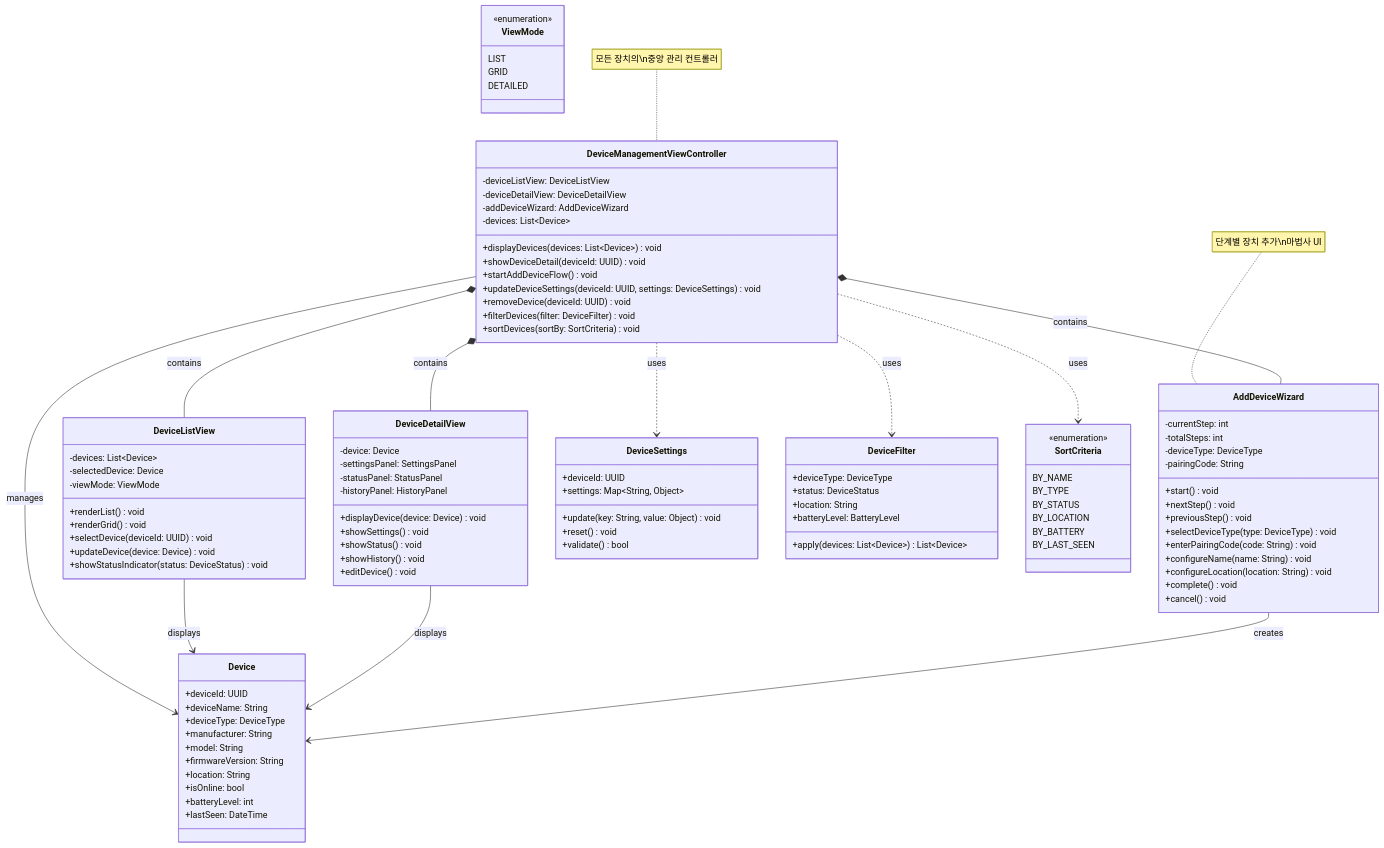
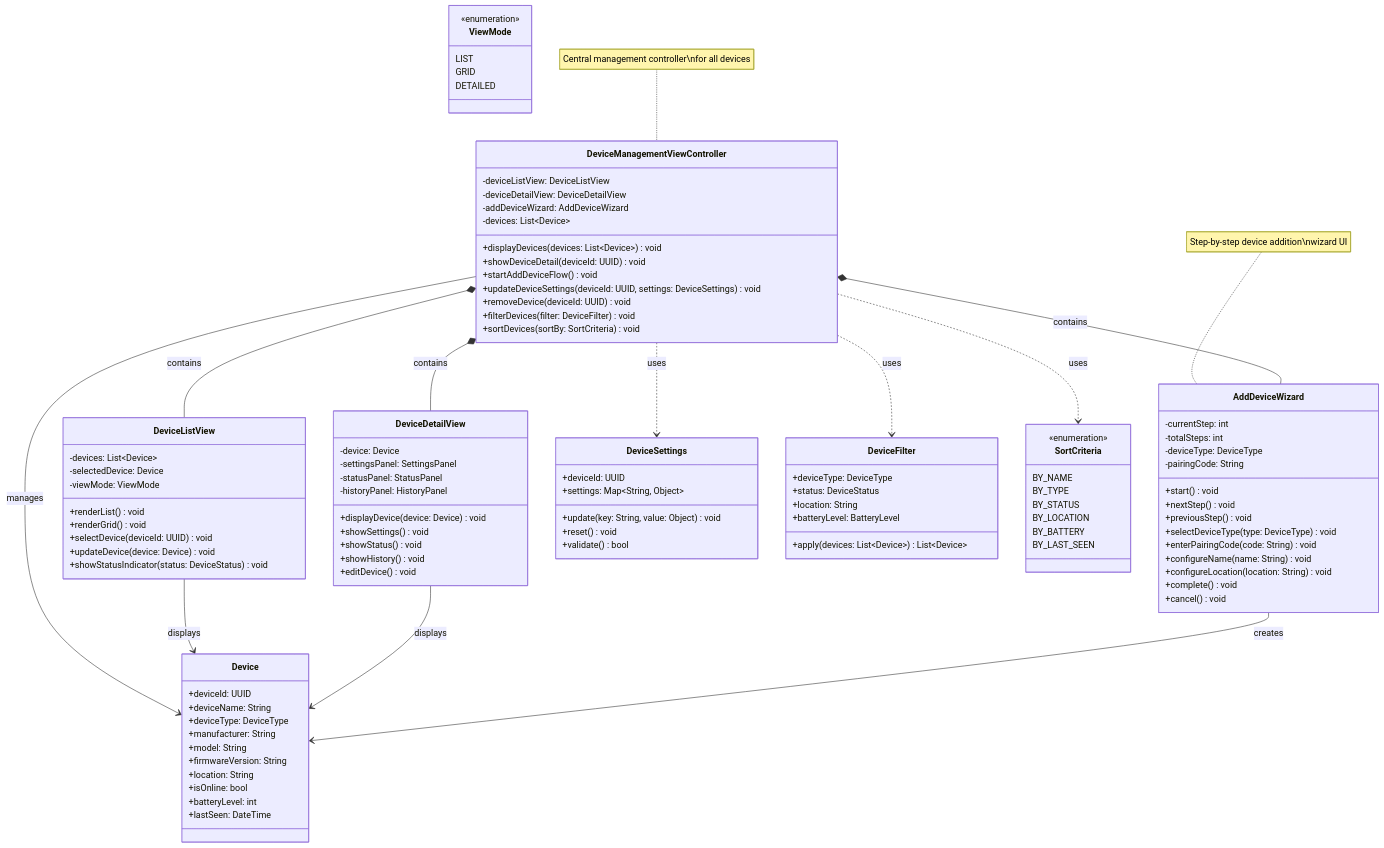
Before and after one commit to mj010101/swe_25f: the fifth of 12 diagrams in diagrams/presentation_class_diagram.md, drawn with Mermaid. The commit also changed other lines of this file, not shown here.

Commit message:
refine presentation class diagram

````diff
--- a/diagrams/presentation_class_diagram.md
+++ b/diagrams/presentation_class_diagram.md
@@ -576,6 +576,6 @@
     DeviceManagementViewController ..> DeviceFilter : uses
     DeviceManagementViewController ..> SortCriteria : uses
 
-    note for DeviceManagementViewController "모든 장치의\n중앙 관리 컨트롤러"
-    note for AddDeviceWizard "단계별 장치 추가\n마법사 UI"
+    note for DeviceManagementViewController "Central management controller\nfor all devices"
+    note for AddDeviceWizard "Step-by-step device addition\nwizard UI"
 ```
````
